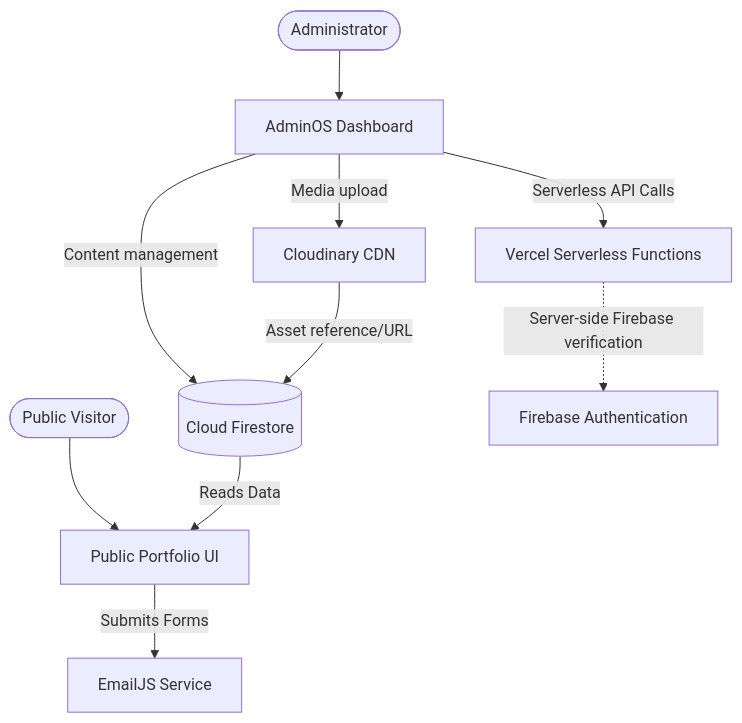
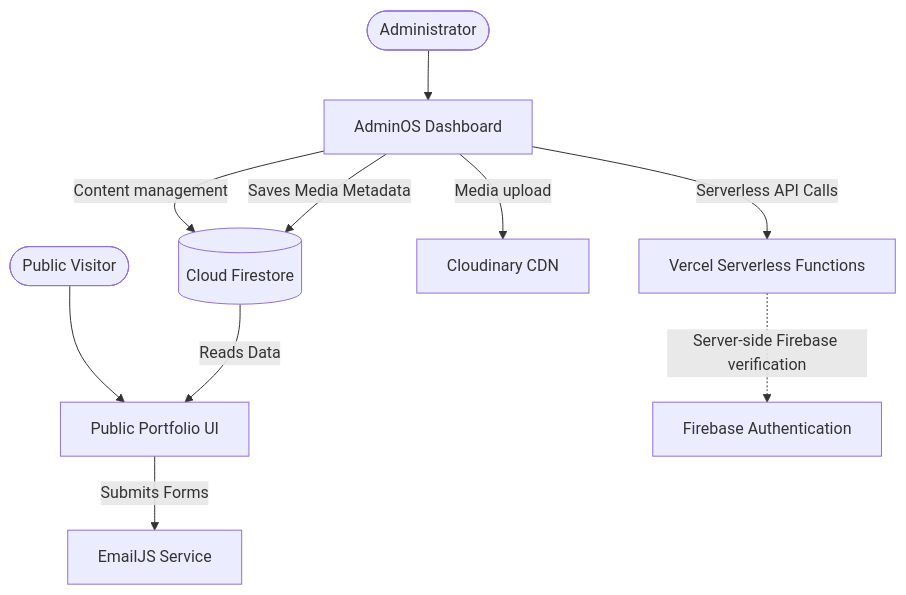
Before and after one commit to AbdelrahmanElbahnsy/Abdelrahman-Portfolio-main: the diagram in README.md, drawn with Mermaid.

Commit message:
docs: refine project README

````diff
--- a/README.md
+++ b/README.md
@@ -97,15 +97,15 @@
 ```mermaid
 flowchart TD
     Visitor([Public Visitor]) --> Portfolio[Public Portfolio UI]
     Admin([Administrator]) --> AdminOS[AdminOS Dashboard]
     
     AdminOS -->|Content management| Firestore[(Cloud Firestore)]
     AdminOS -->|Media upload| Cloudinary[Cloudinary CDN]
-    Cloudinary -->|Asset reference/URL| Firestore
+    AdminOS -->|Saves Media Metadata| Firestore
     Firestore -->|Reads Data| Portfolio
     
     Portfolio -->|Submits Forms| EmailJS[EmailJS Service]
     
     AdminOS -->|Serverless API Calls| VercelAPI[Vercel Serverless Functions]
     VercelAPI -.->|Server-side Firebase verification| FirebaseAuth[Firebase Authentication]
 ```
````
